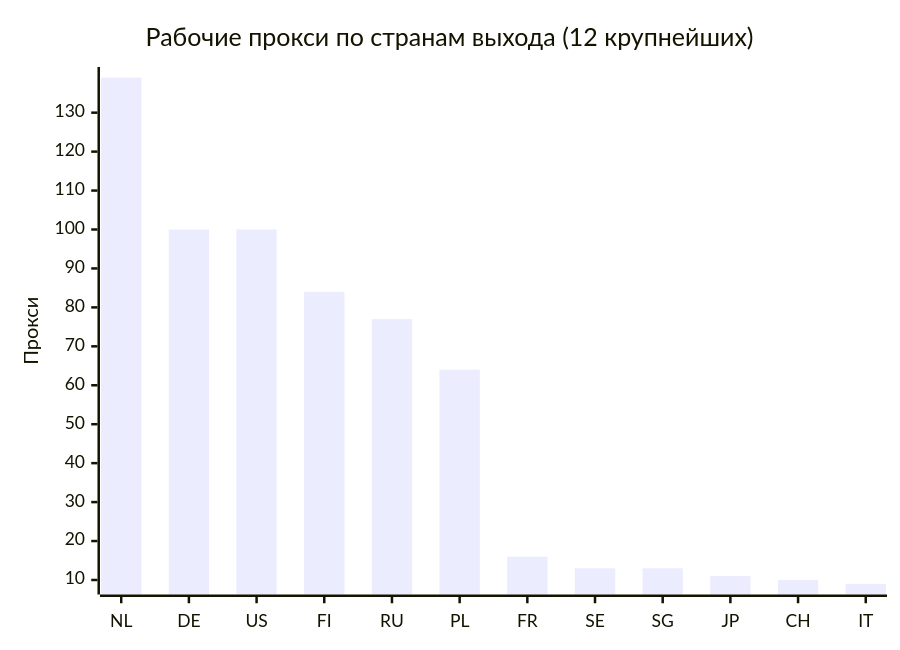
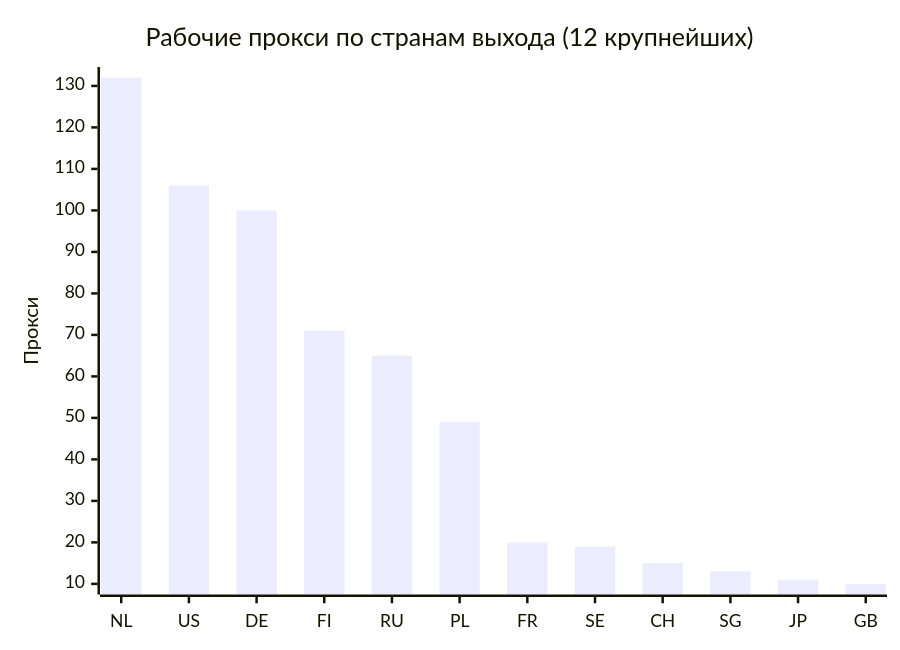
Before and after one commit to rvvg/proxy-subs: the second of 4 diagrams in README.md, drawn with Mermaid. The commit also changed other lines of this file and 51 other files, not shown here.

````diff
--- a/README.md
+++ b/README.md
@@ -130,7 +129,7 @@
 ```mermaid
 xychart-beta
     title "Рабочие прокси по странам выхода (12 крупнейших)"
-    x-axis ["NL", "DE", "US", "FI", "RU", "PL", "FR", "SE", "SG", "JP", "CH", "IT"]
+    x-axis ["NL", "US", "DE", "FI", "RU", "PL", "FR", "SE", "CH", "SG", "JP", "GB"]
     y-axis "Прокси"
-    bar [139, 100, 100, 84, 77, 64, 16, 13, 13, 11, 10, 9]
+    bar [132, 106, 100, 71, 65, 49, 20, 19, 15, 13, 11, 10]
 ```
````
